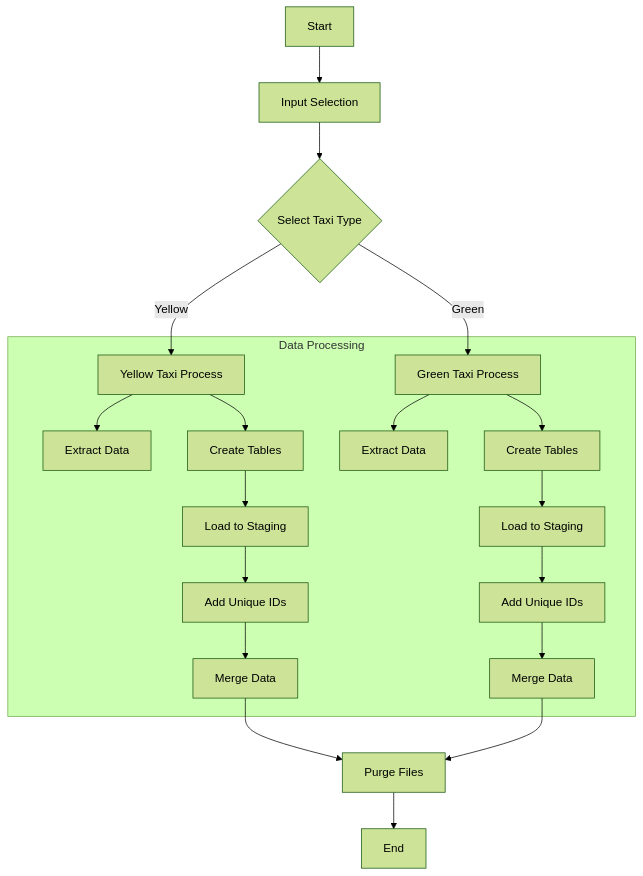
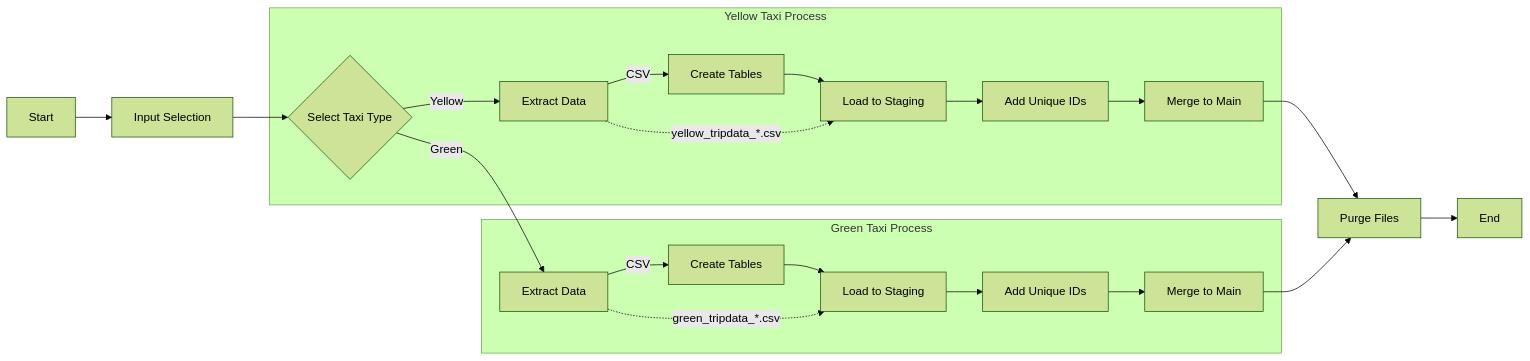
Before and after one commit to abhayra12/de-zc-2025: the diagram in 02-workflow-orchestration/kestra-pipeline-proj/guide.md, drawn with Mermaid (forest theme).

Commit message:
added diagram for flow in guide

````diff
--- a/02-workflow-orchestration/kestra-pipeline-proj/guide.md
+++ b/02-workflow-orchestration/kestra-pipeline-proj/guide.md
@@ -141,25 +141,29 @@
 ```mermaid
-graph TD
+graph LR
     A[Start] --> B[Input Selection]
     B --> C{Select Taxi Type}
-    C -->|Yellow| D1[Yellow Taxi Process]
-    C -->|Green| D2[Green Taxi Process]
     
-    subgraph "Data Processing"
-    D1 --> E1[Extract Data]
-    D1 --> F1[Create Tables]
-    F1 --> G1[Load to Staging]
-    G1 --> H1[Add Unique IDs]
-    H1 --> I1[Merge Data]
+    subgraph "Yellow Taxi Process"
+        C -->|Yellow| D1[Extract Data]
+        D1 -->|CSV| F1[Create Tables]
+        F1 --> G1[Load to Staging]
+        G1 --> H1[Add Unique IDs]
+        H1 --> I1[Merge to Main]
+    end
     
-    D2 --> E2[Extract Data]
-    D2 --> F2[Create Tables]
-    F2 --> G2[Load to Staging]
-    G2 --> H2[Add Unique IDs]
-    H2 --> I2[Merge Data]
+    subgraph "Green Taxi Process"
+        C -->|Green| D2[Extract Data]
+        D2 -->|CSV| F2[Create Tables]
+        F2 --> G2[Load to Staging]
+        G2 --> H2[Add Unique IDs]
+        H2 --> I2[Merge to Main]
     end
     
     I1 --> J[Purge Files]
     I2 --> J
     J --> K[End]
+
+    %% Data flow annotations
+    D1 -.->|"yellow_tripdata_*.csv"| G1
+    D2 -.->|"green_tripdata_*.csv"| G2
 ```
````
